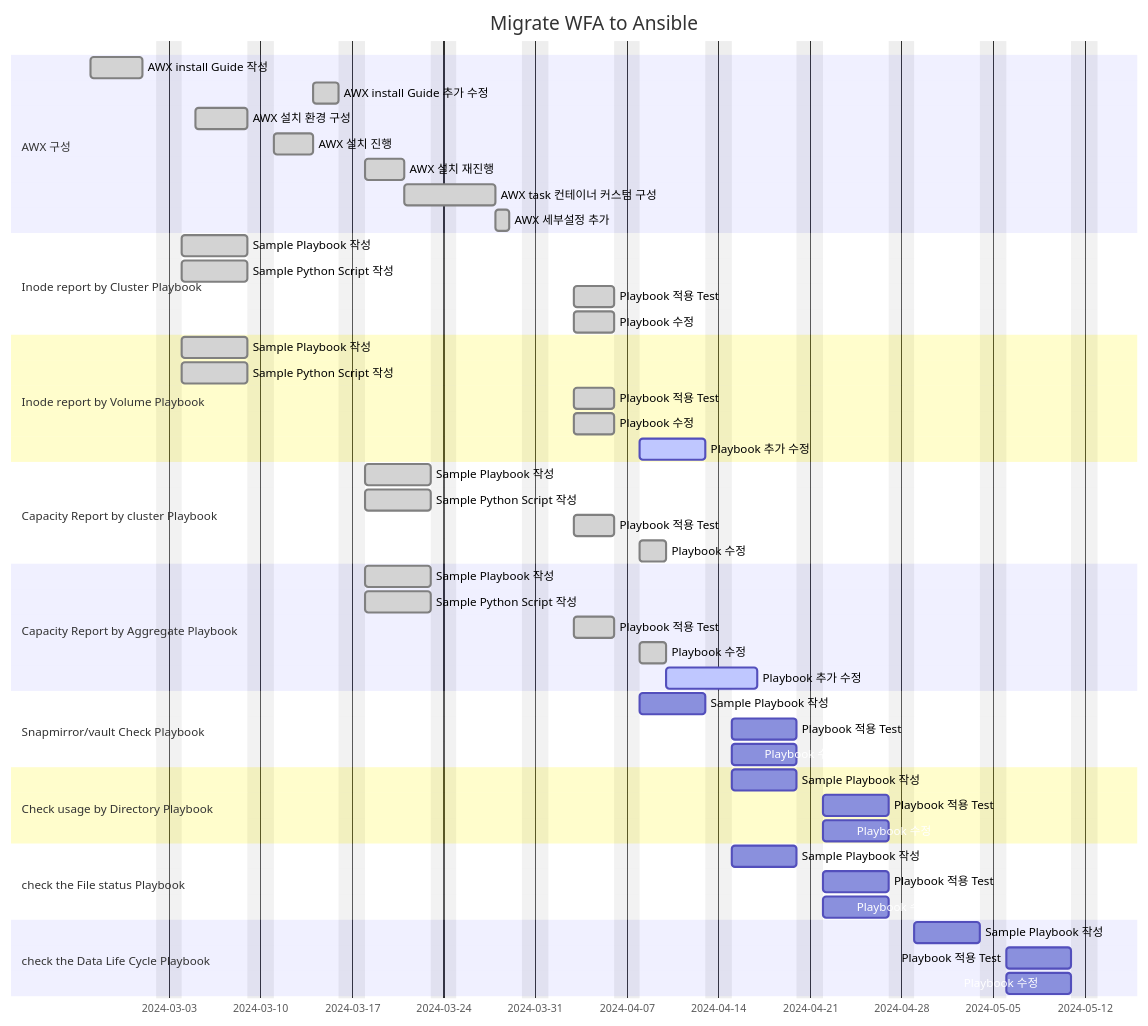
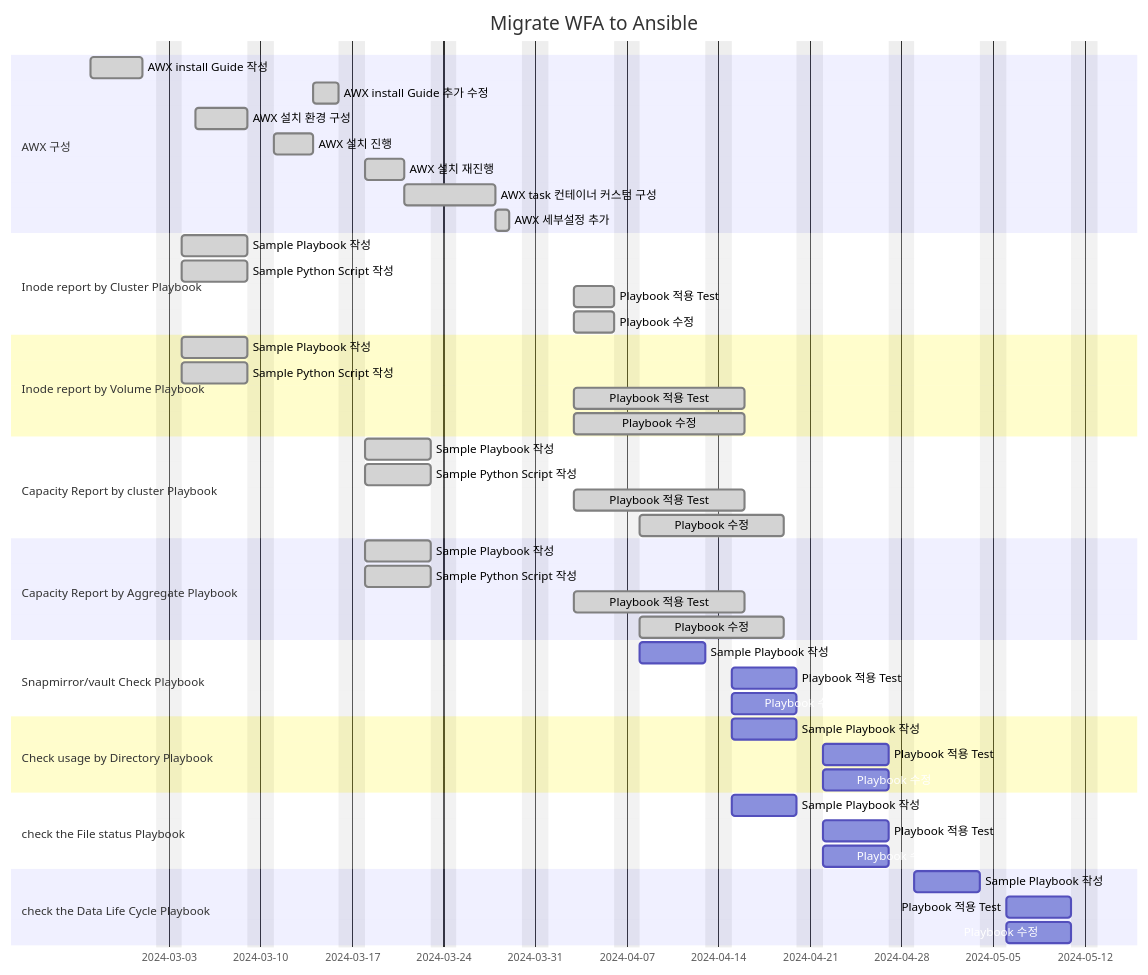
The diagram in SKHynix/Readme.md (netappkr/AnsiblePlaybook), drawn with Mermaid before and after one commit.

````diff
--- a/SKHynix/Readme.md
+++ b/SKHynix/Readme.md
@@ -70,62 +70,60 @@
 ```mermaid
 gantt
     title Migrate WFA to Ansible
     dateFormat  YYYY-MM-DD
     excludes    weekends
 
     section AWX 구성
     AWX install Guide 작성  : done, awx1, 2024-02-26, 4d
     AWX install Guide 추가 수정  : done, awx1-1, after awx3, 2d
     AWX 설치 환경 구성  : done, awx2, 2024-03-05, 4d
     AWX 설치 진행 : done, awx3, after awx2 , 3d
     AWX 설치 재진행 : done, awx3-1, after awx1-1 , 3d
     AWX task 컨테이너 커스텀 구성: done, awx3-2, after awx3-1, 5d
     AWX 세부설정 추가 : done, awx4, after awx3-2, 1d
     
 
     section Inode report by Cluster Playbook
     Sample Playbook 작성 : done, p1-1, 2024-03-04, 5d
     Sample Python Script 작성 : done, p1-2, 2024-03-04, 5d
     Playbook 적용 Test: done, p1-3, 2024-04-03,  3d
     Playbook 수정 : done, p1-4, 2024-04-03 , 3d
 
     section Inode report by Volume Playbook
     Sample Playbook 작성 : done, p2-1, 2024-03-04, 5d
     Sample Python Script 작성 : done, p2-2, 2024-03-04, 5d
-    Playbook 적용 Test: done, p2-3, 2024-04-03,  3d
-    Playbook 수정 : done, p2-4, 2024-04-03 , 3d
-    Playbook 추가 수정 : active, p2-5, after p2-4 , 5d
+    Playbook 적용 Test: done, p2-3, 2024-04-03,  9d
+    Playbook 수정 : done, p2-4, 2024-04-03 , 9d
 
     section Capacity Report by cluster Playbook
     Sample Playbook 작성 : done, p3-1, 2024-03-18, 5d
     Sample Python Script 작성 : done, p3-2, 2024-03-18, 5d
-    Playbook 적용 Test: done, p3-3, 2024-04-03,  3d
-    Playbook 수정 : done, p3-4, 2024-04-08 , 2d
+    Playbook 적용 Test: done, p3-3, 2024-04-03,  9d
+    Playbook 수정 : done, p3-4, 2024-04-08 , 9d
 
     section Capacity Report by Aggregate Playbook
     Sample Playbook 작성 : done, p4-1, 2024-03-18, 5d
     Sample Python Script 작성 : done, p4-2, 2024-03-18, 5d
-    Playbook 적용 Test: done, p4-3, 2024-04-03,  3d
-    Playbook 수정 : done, p4-3, 2024-04-08 , 2d
-    Playbook 추가 수정 : active, p4-4, after p4-3 , 5d
+    Playbook 적용 Test: done, p4-3, 2024-04-03,  9d
+    Playbook 수정 : done, p4-3, 2024-04-08 , 9d
 
     section Snapmirror/vault Check Playbook
     Sample Playbook 작성 : p6-1, 2024-04-08, 5d
     Playbook 적용 Test: p6-2, after p6-1,  5d
     Playbook 수정 : p6-3, after p6-1 , 5d
 
     section Check usage by Directory Playbook
     Sample Playbook 작성 : p7-1, 2024-04-15, 5d
     Playbook 적용 Test: p7-2, after p7-1,  5d
     Playbook 수정 : p7-3, after p7-1 , 5d
 
     section check the File status Playbook
     Sample Playbook 작성 : p8-1, 2024-04-15, 5d
     Playbook 적용 Test: p8-2, after p8-1,  5d
     Playbook 수정 : p8-3, after p8-1 , 5d
 
     section check the Data Life Cycle Playbook
     Sample Playbook 작성 : p10-1, 2024-04-29, 5d
     Playbook 적용 Test: p10-2, after p10-1,  5d
     Playbook 수정 : p10-3, after p10-1 , 5d
 ```
````
